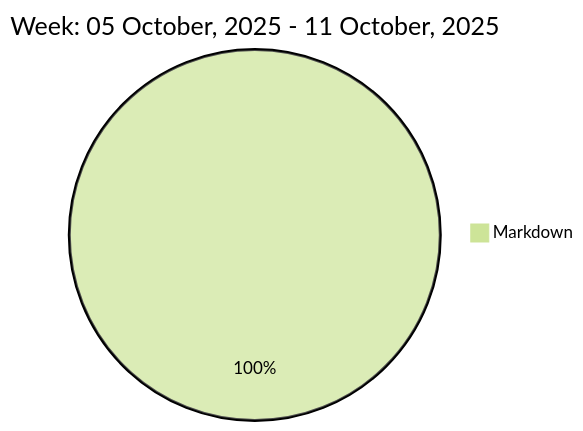
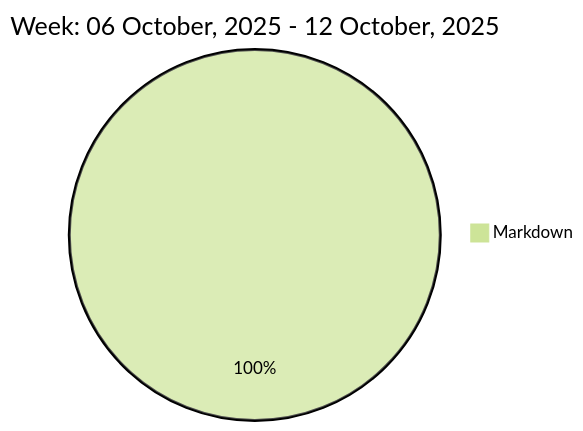
Before and after one commit to liubin95/liubin95: the diagram in README.md, drawn with Mermaid (forest theme).

Commit message:
Updated the Graph with new Metrics

````diff
--- a/README.md
+++ b/README.md
@@ -37,5 +37,5 @@
 ```mermaid
  pie
-title Week: 05 October, 2025 - 11 October, 2025
+title Week: 06 October, 2025 - 12 October, 2025
  "Markdown" : 1.13
 ```
````
